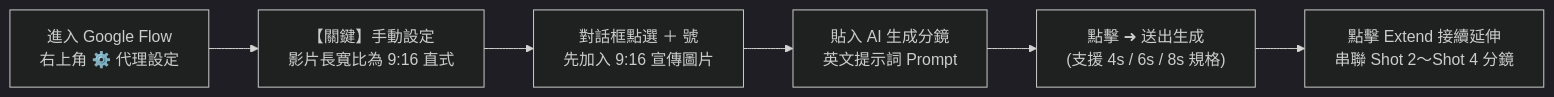
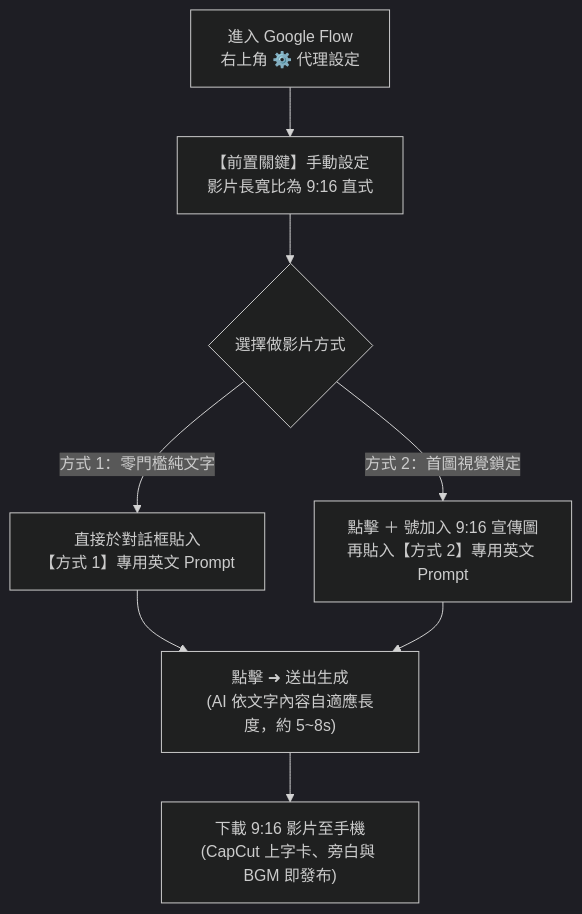
The second of 2 diagrams in 常見的AI應用/實戰範例/02_社群行銷素材多格式產出/README.md (roberthsu2003/workflow-productivity), drawn with Mermaid (dark theme) before and after one commit. The commit also changed other lines of this file and 3 other files, not shown here.

````diff
--- a/常見的AI應用/實戰範例/02_社群行銷素材多格式產出/README.md
+++ b/常見的AI應用/實戰範例/02_社群行銷素材多格式產出/README.md
@@ -273,8 +277,13 @@
 ```mermaid
-flowchart LR
-    A["進入 Google Flow<br/>右上角 ⚙️ 代理設定"] --> B["【關鍵】手動設定<br/>影片長寬比為 9:16 直式"]
-    B --> C["對話框點選 ＋ 號<br/>先加入 9:16 宣傳圖片"]
-    C --> D["貼入 AI 生成分鏡<br/>英文提示詞 Prompt"]
-    D --> E["點擊 ➜ 送出生成<br/>(支援 4s / 6s / 8s 規格)"]
-    E --> F["點擊 Extend 接續延伸<br/>串聯 Shot 2～Shot 4 分鏡"]
+flowchart TD
+    Start["進入 Google Flow<br/>右上角 ⚙️ 代理設定"] --> SetRatio["【前置關鍵】手動設定<br/>影片長寬比為 9:16 直式"]
+    SetRatio --> ChooseMode{"選擇做影片方式"}
+    
+    ChooseMode -->|方式 1：零門檻純文字| ModeA["直接於對話框貼入<br/>【方式 1】專用英文 Prompt"]
+    ChooseMode -->|方式 2：首圖視覺鎖定| ModeB["點擊 ＋ 號加入 9:16 宣傳圖<br/>再貼入【方式 2】專用英文 Prompt"]
+    
+    ModeA --> Generate["點擊 ➜ 送出生成<br/>(AI 依文字內容自適應長度，約 5~8s)"]
+    ModeB --> Generate
+    
+    Generate --> Export["下載 9:16 影片至手機<br/>(CapCut 上字卡、旁白與 BGM 即發布)"]
 ```
````
